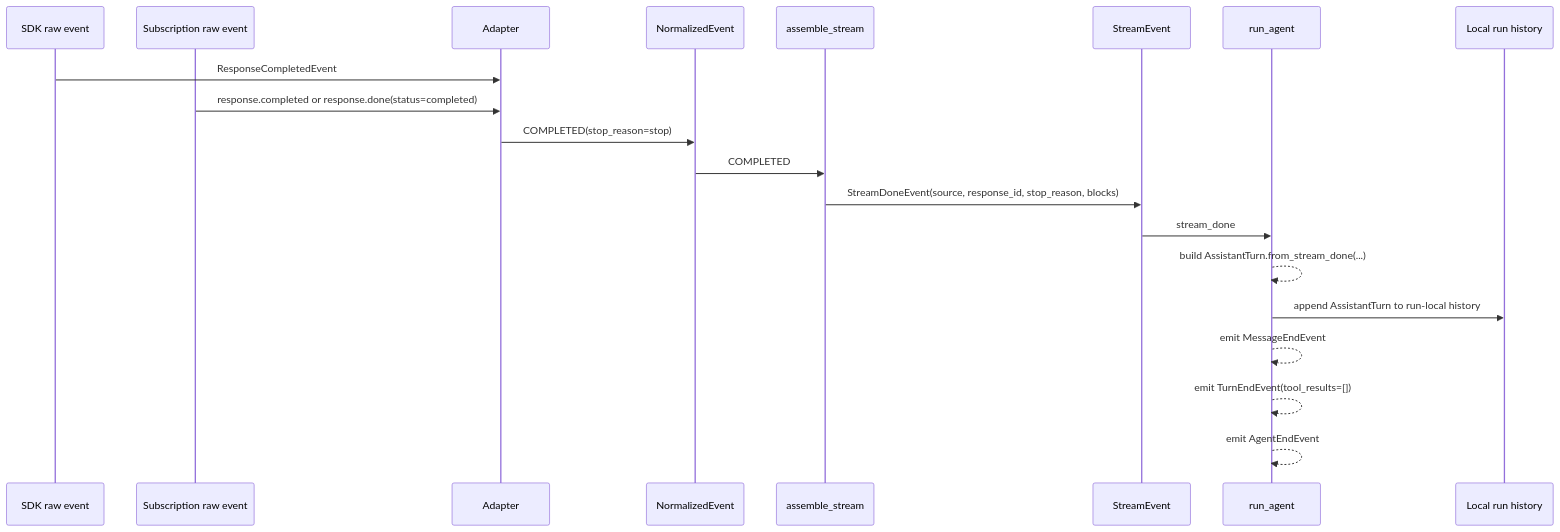
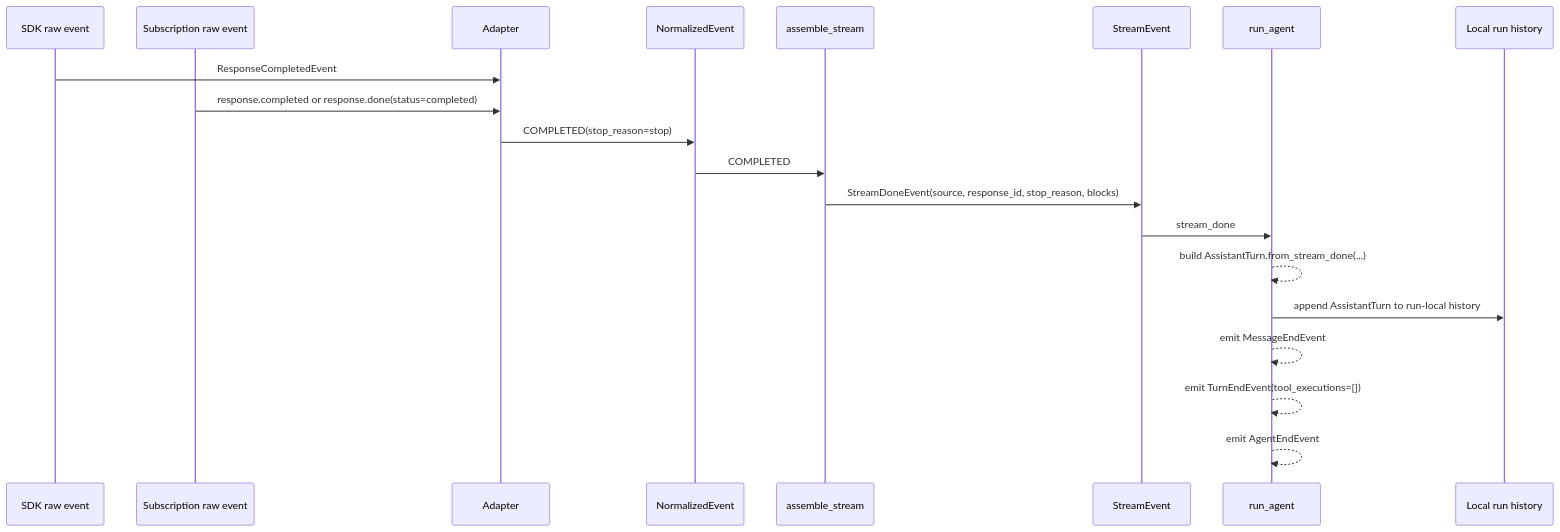
One commit to muneebshahid/ori changed the sixth of 8 diagrams in docs/openai-stream-event-lifecycle.md. Above: the diagram before and after it, drawn with Mermaid. The commit also changed other lines of this file and 6 other files, not shown here.

````diff
--- a/docs/openai-stream-event-lifecycle.md
+++ b/docs/openai-stream-event-lifecycle.md
@@ -220,23 +220,23 @@
 ```mermaid
 sequenceDiagram
     participant SDK as SDK raw event
     participant Sub as Subscription raw event
     participant Adapter as Adapter
     participant Norm as NormalizedEvent
     participant Asm as assemble_stream
     participant Stream as StreamEvent
     participant Agent as run_agent
     participant Hist as Local run history
 
     SDK->>Adapter: ResponseCompletedEvent
     Sub->>Adapter: response.completed or response.done(status=completed)
     Adapter->>Norm: COMPLETED(stop_reason=stop)
     Norm->>Asm: COMPLETED
     Asm->>Stream: StreamDoneEvent(source, response_id, stop_reason, blocks)
     Stream->>Agent: stream_done
     Agent-->>Agent: build AssistantTurn.from_stream_done(...)
     Agent->>Hist: append AssistantTurn to run-local history
     Agent-->>Agent: emit MessageEndEvent
-    Agent-->>Agent: emit TurnEndEvent(tool_results=[])
+    Agent-->>Agent: emit TurnEndEvent(tool_executions=[])
     Agent-->>Agent: emit AgentEndEvent
 ```
````
